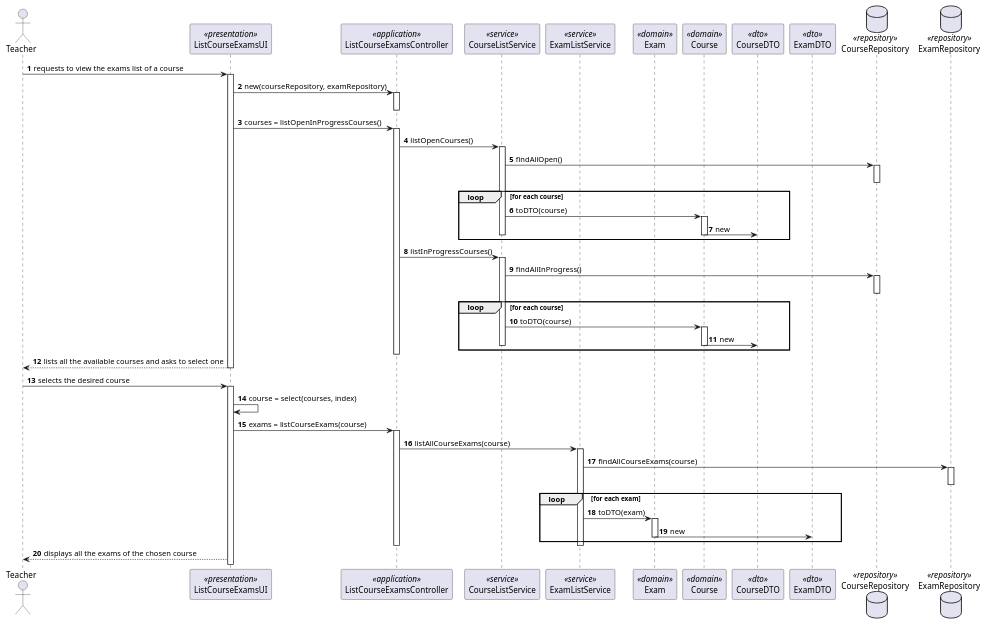
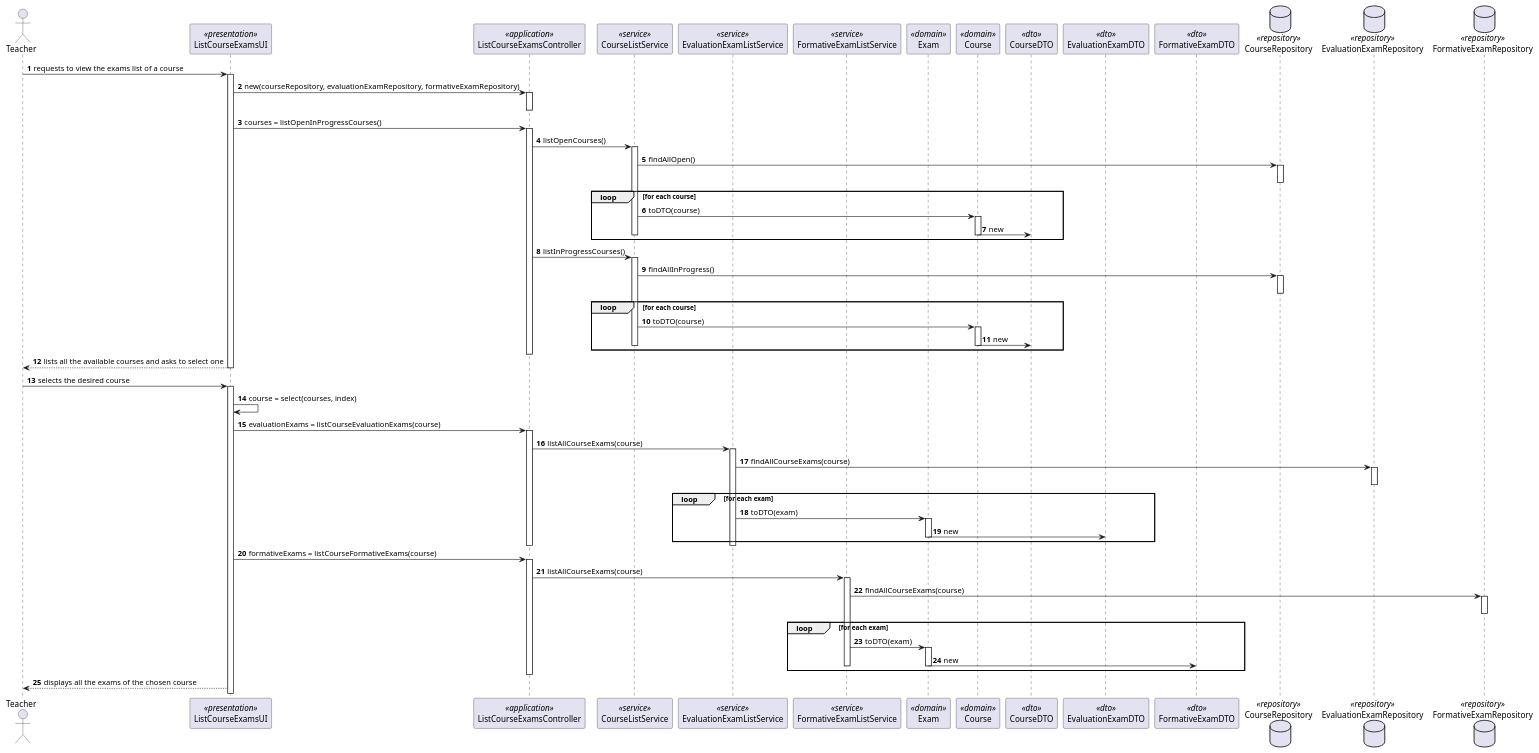
Before and after one commit to miseEnPlace-dev/lapr4: the diagram in docs/sprint-b/us23-2003/US2003_SD.puml, drawn with PlantUML. The commit also changed 1 other file, not shown here.

```diff
--- a/docs/sprint-b/us23-2003/US2003_SD.puml
+++ b/docs/sprint-b/us23-2003/US2003_SD.puml
@@ -1,85 +1,104 @@
 @startuml US2003_SD
 autonumber
 
 actor "Teacher" as T
 
 participant "ListCourseExamsUI" as UI <<presentation>>
 participant "ListCourseExamsController" as CTRL <<application>>
 participant "CourseListService" as C_SRV <<service>>
-participant "ExamListService" as E_SRV <<service>>
+participant "EvaluationExamListService" as E_SRV <<service>>
+participant "FormativeExamListService" as F_SRV <<service>>
 participant "Exam" as Exam <<domain>>
 participant "Course" as Course <<domain>>
 participant "CourseDTO" as C_DTO <<dto>>
-participant "ExamDTO" as E_DTO <<dto>>
-
+participant "EvaluationExamDTO" as E_DTO <<dto>>
+participant "FormativeExamDTO" as F_DTO <<dto>>
 
 database CourseRepository as CREPO <<repository>>
-database ExamRepository as EREPO <<repository>>
+database EvaluationExamRepository as EREPO <<repository>>
+database FormativeExamRepository as FREPO <<repository>>
 
 T -> UI: requests to view the exams list of a course
 activate UI
-UI -> CTRL: new(courseRepository, examRepository)
+UI -> CTRL: new(courseRepository, evaluationExamRepository, formativeExamRepository)
 activate CTRL
 deactivate CTRL
 
 UI -> CTRL: courses = listOpenInProgressCourses()
 activate CTRL
 
 CTRL -> C_SRV: listOpenCourses()
 activate C_SRV
 C_SRV -> CREPO: findAllOpen()
 activate CREPO
 deactivate CREPO
 loop for each course
     C_SRV -> Course : toDTO(course)
     activate Course
     Course -> C_DTO : new
     deactivate C_SRV
     deactivate Course
   end loop
 deactivate C_SRV
 
 CTRL -> C_SRV: listInProgressCourses()
 activate C_SRV
 C_SRV -> CREPO: findAllInProgress()
 activate CREPO
 deactivate CREPO
 loop for each course
     C_SRV -> Course : toDTO(course)
     activate Course
     Course -> C_DTO : new
     deactivate C_SRV
     deactivate Course
   end loop
 deactivate C_SRV
 
 deactivate CTRL
 UI --> T: lists all the available courses and asks to select one
 deactivate UI
 
 T -> UI: selects the desired course
 activate UI
 
 UI -> UI: course = select(courses, index)
 
-UI -> CTRL: exams = listCourseExams(course)
+UI -> CTRL: evaluationExams = listCourseEvaluationExams(course)
 activate CTRL
 
 CTRL -> E_SRV: listAllCourseExams(course)
 activate E_SRV
 E_SRV -> EREPO: findAllCourseExams(course)
 activate EREPO
 deactivate EREPO
 loop for each exam
     E_SRV -> Exam : toDTO(exam)
     activate Exam
     Exam -> E_DTO : new
     deactivate C_SRV
     deactivate Exam
   end loop
 deactivate E_SRV
 deactivate CTRL
 
+UI -> CTRL: formativeExams = listCourseFormativeExams(course)
+activate CTRL
+CTRL -> F_SRV: listAllCourseExams(course)
+activate F_SRV
+F_SRV -> FREPO: findAllCourseExams(course)
+activate FREPO
+deactivate FREPO
+loop for each exam
+    F_SRV -> Exam : toDTO(exam)
+    activate Exam
+    Exam -> F_DTO : new
+    deactivate F_SRV
+    deactivate Exam
+  end loop
+
+deactivate F_SRV
+deactivate CTRL
 UI --> T: displays all the exams of the chosen course
 
 @enduml
```
